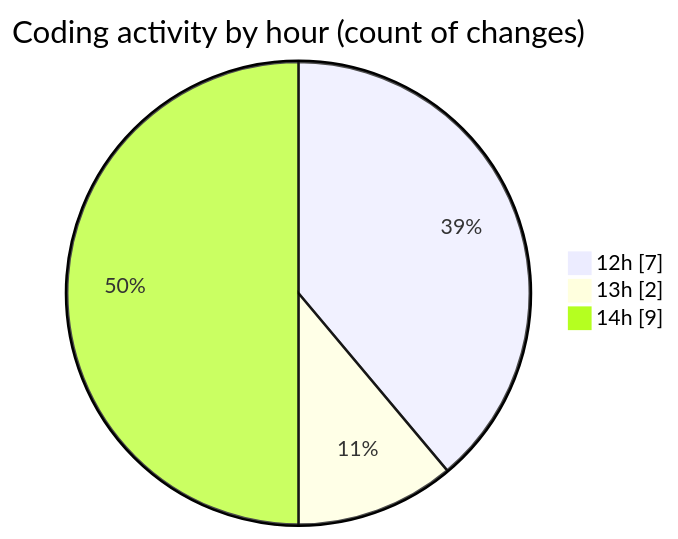
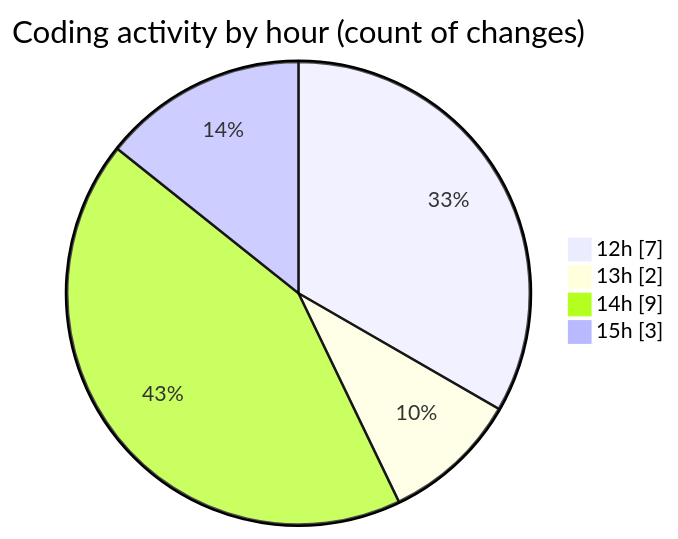
Before and after one commit to nxtqubesakshisongat/code-tracking: the second of 2 diagrams in 2026-06-24/nxtqube_webapp/README.md, drawn with Mermaid. The commit also changed other lines of this file and 1 other file, not shown here.

````diff
--- a/2026-06-24/nxtqube_webapp/README.md
+++ b/2026-06-24/nxtqube_webapp/README.md
@@ -30,7 +31,8 @@
 ```mermaid
 pie showData
 title Coding activity by hour (count of changes)
 "12h" : 7
 "13h" : 2
 "14h" : 9
+"15h" : 3
 ```
````
